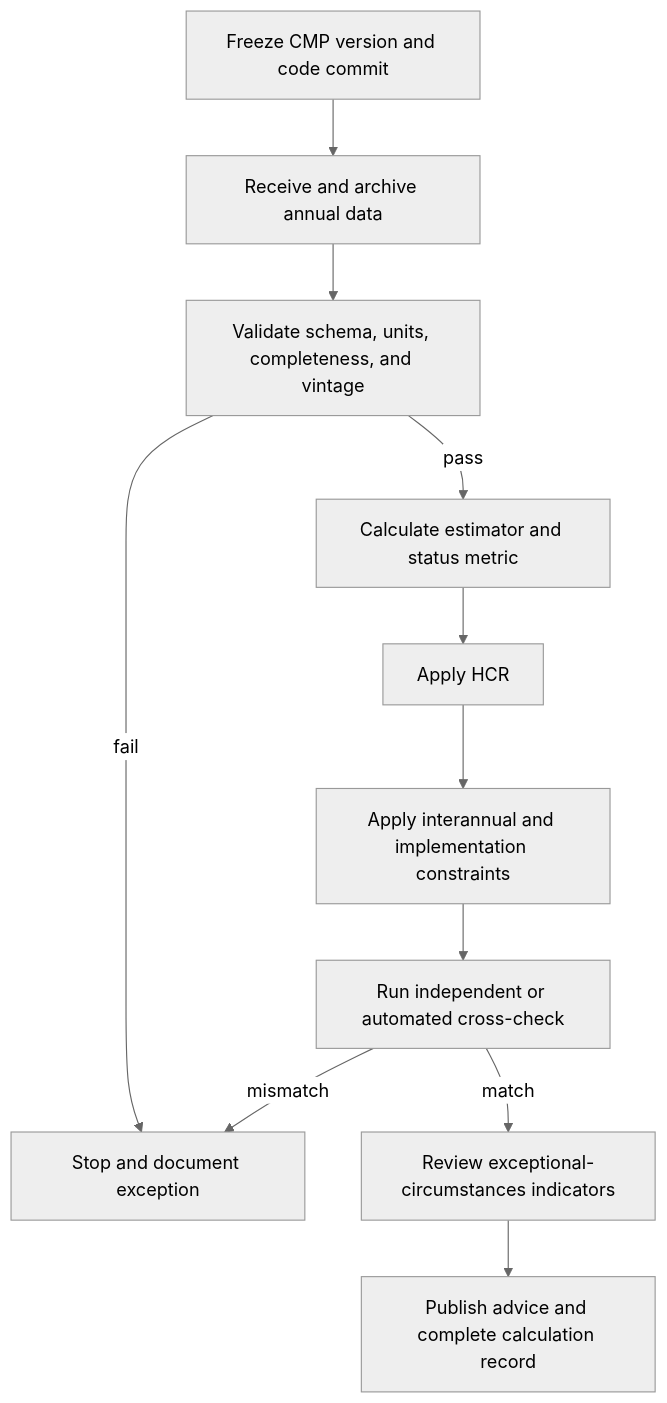
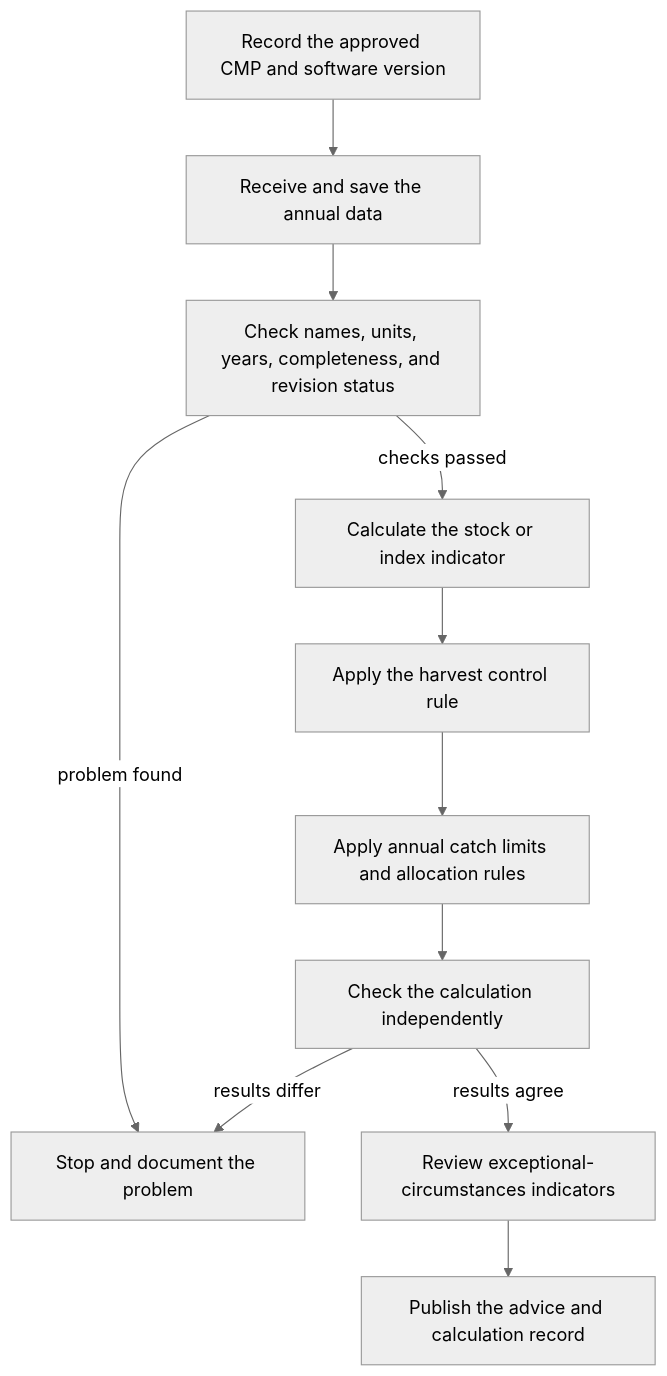
Before and after one commit to SPRFMO/jmMSE26: the diagram in doc/application/annual-workflow.qmd, drawn with Mermaid (neutral theme). The commit also changed other lines of this file and 28 other files, not shown here.

````diff
--- a/doc/application/annual-workflow.qmd
+++ b/doc/application/annual-workflow.qmd
@@ -12,13 +12,13 @@
 ```{mermaid}
 flowchart TD
-  A["Freeze CMP version and code commit"] --> B["Receive and archive annual data"]
-  B --> C["Validate schema, units, completeness, and vintage"]
-  C -->|fail| X["Stop and document exception"]
-  C -->|pass| D["Calculate estimator and status metric"]
-  D --> E["Apply HCR"]
-  E --> F["Apply interannual and implementation constraints"]
-  F --> G["Run independent or automated cross-check"]
-  G -->|mismatch| X
-  G -->|match| H["Review exceptional-circumstances indicators"]
-  H --> I["Publish advice and complete calculation record"]
+  A["Record the approved CMP and software version"] --> B["Receive and save the annual data"]
+  B --> C["Check names, units, years, completeness, and revision status"]
+  C -->|problem found| X["Stop and document the problem"]
+  C -->|checks passed| D["Calculate the stock or index indicator"]
+  D --> E["Apply the harvest control rule"]
+  E --> F["Apply annual catch limits and allocation rules"]
+  F --> G["Check the calculation independently"]
+  G -->|results differ| X
+  G -->|results agree| H["Review exceptional-circumstances indicators"]
+  H --> I["Publish the advice and calculation record"]
 ```
````
